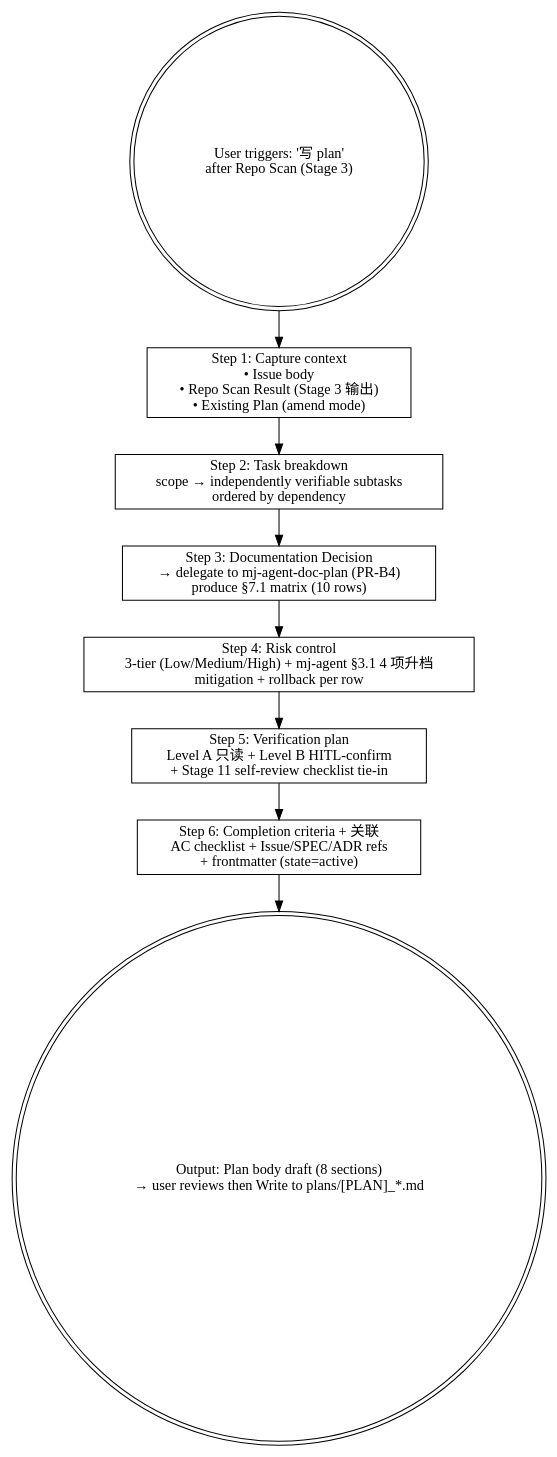
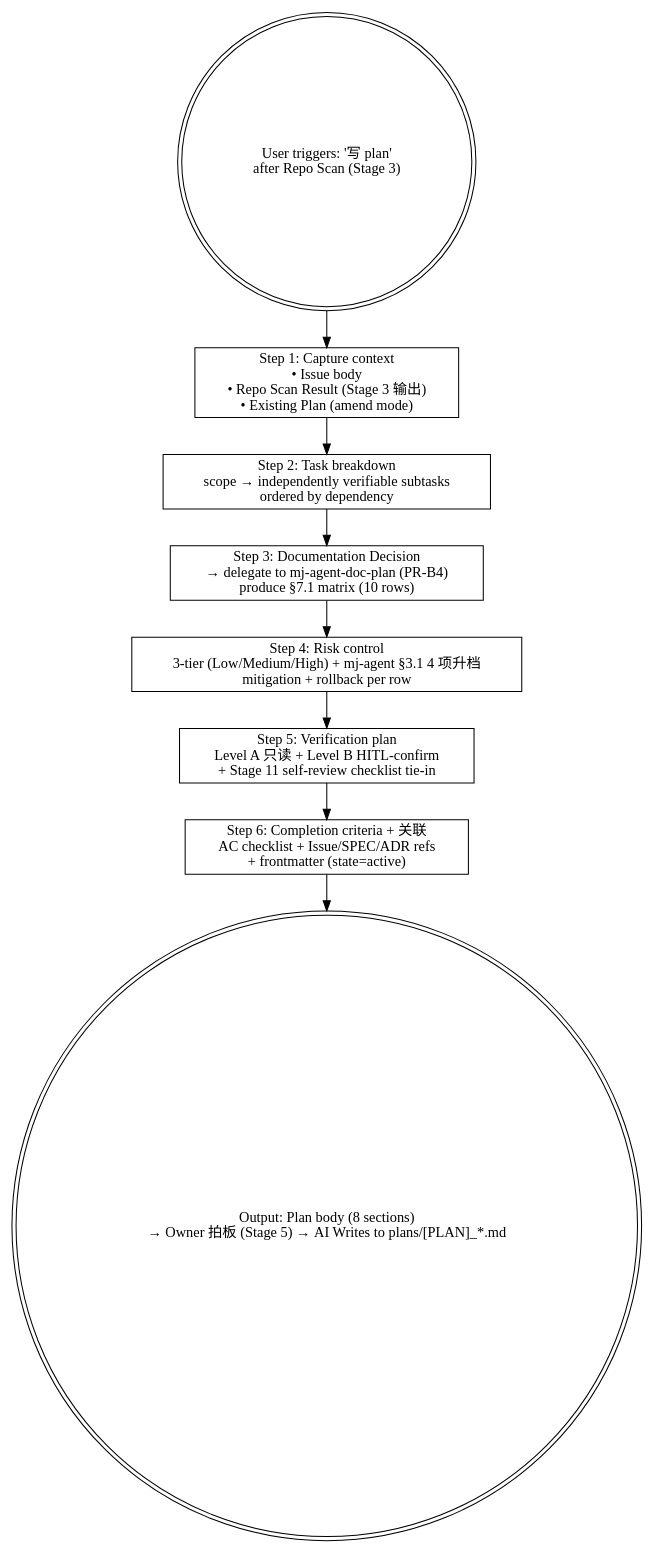
One commit to MJ-AgentLab/mj-agent changed the diagram in .claude/skills/mj-agent-flow-plan/SKILL.md. Above: the diagram before and after it, drawn with Graphviz. The commit also changed other lines of this file and 20 other files, not shown here.

````diff
--- a/.claude/skills/mj-agent-flow-plan/SKILL.md
+++ b/.claude/skills/mj-agent-flow-plan/SKILL.md
@@ -25,17 +25,17 @@
 ```dot
 digraph plan {
   rankdir=TB;
   start [label="User triggers: '写 plan'\nafter Repo Scan (Stage 3)" shape=doublecircle];
 
   s1 [label="Step 1: Capture context\n• Issue body\n• Repo Scan Result (Stage 3 输出)\n• Existing Plan (amend mode)" shape=box];
   s2 [label="Step 2: Task breakdown\nscope → independently verifiable subtasks\nordered by dependency" shape=box];
   s3 [label="Step 3: Documentation Decision\n→ delegate to mj-agent-doc-plan (PR-B4)\nproduce §7.1 matrix (10 rows)" shape=box];
   s4 [label="Step 4: Risk control\n3-tier (Low/Medium/High) + mj-agent §3.1 4 项升档\nmitigation + rollback per row" shape=box];
   s5 [label="Step 5: Verification plan\nLevel A 只读 + Level B HITL-confirm\n+ Stage 11 self-review checklist tie-in" shape=box];
   s6 [label="Step 6: Completion criteria + 关联\nAC checklist + Issue/SPEC/ADR refs\n+ frontmatter (state=active)" shape=box];
 
-  out [label="Output: Plan body draft (8 sections)\n→ user reviews then Write to plans/[PLAN]_*.md" shape=doublecircle];
+  out [label="Output: Plan body (8 sections)\n→ Owner 拍板 (Stage 5) → AI Writes to plans/[PLAN]_*.md" shape=doublecircle];
 
   start -> s1 -> s2 -> s3 -> s4 -> s5 -> s6 -> out;
 }
 ```
````
